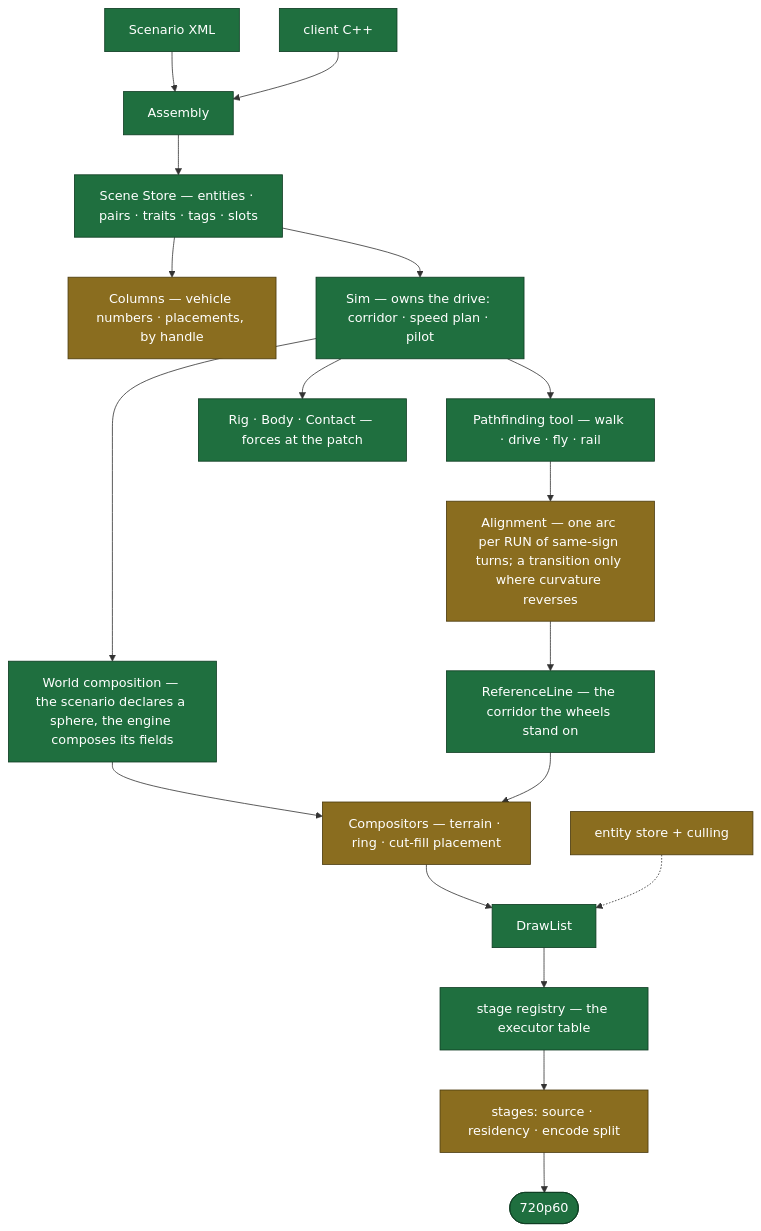
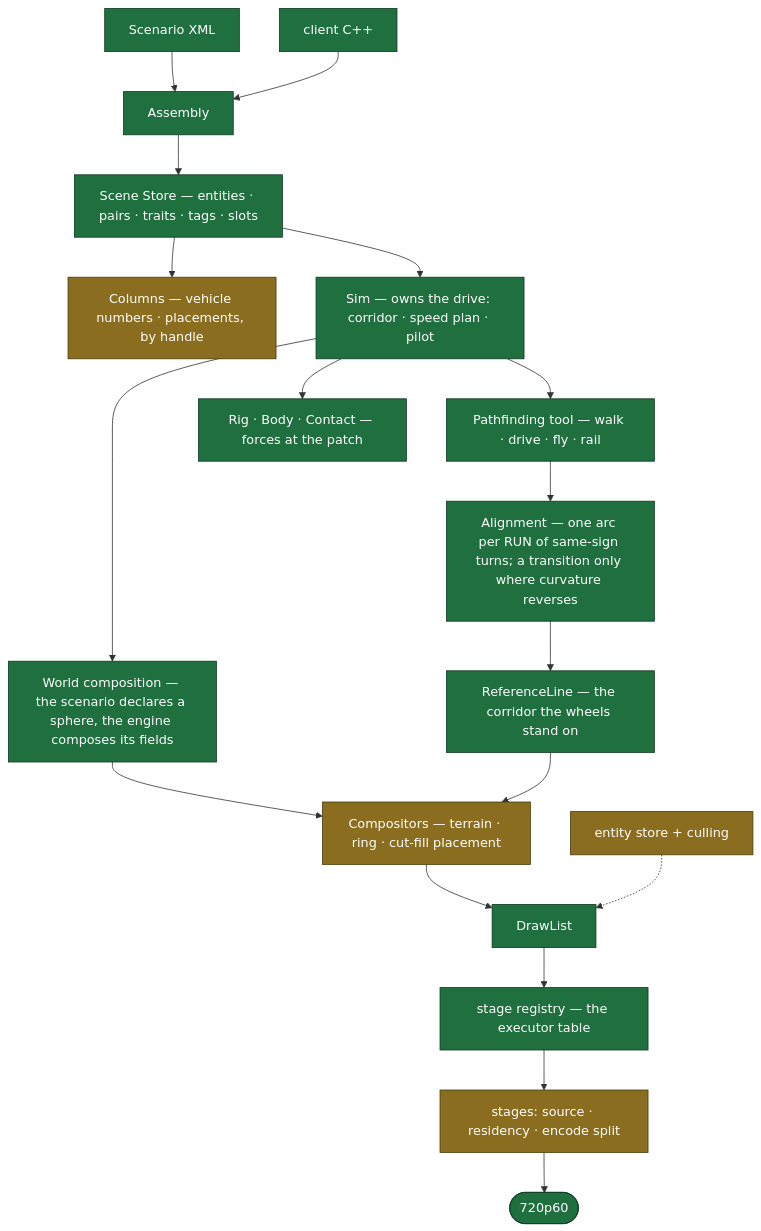
One commit to Weichwolf/outshine changed the seventh of 11 diagrams in CLAUDE.md. Above: the diagram before and after it, drawn with Mermaid. The commit also changed other lines of this file and 9 other files, not shown here.

````diff
--- a/CLAUDE.md
+++ b/CLAUDE.md
@@ -359,24 +394,24 @@
 ```mermaid
 flowchart TD
   Scenario["Scenario XML"] --> Assembly
   ClientCode["client C++"] --> Assembly
   Assembly --> SceneStore["Scene Store — entities · pairs · traits · tags · slots"]
   SceneStore --> Columns["Columns — vehicle numbers · placements, by handle"]
   SceneStore --> SimD["Sim — owns the drive: corridor · speed plan · pilot"]
   SimD --> Pathfinding["Pathfinding tool — walk · drive · fly · rail"]
   Pathfinding --> Alignment["Alignment — one arc per RUN of same-sign turns; a transition only where curvature reverses"]
   Alignment --> Line["ReferenceLine — the corridor the wheels stand on"]
   SimD --> Physics["Rig · Body · Contact — forces at the patch"]
   SimD --> WorldC["World composition — the scenario declares a sphere, the engine composes its fields"]
   WorldC --> Compositors["Compositors — terrain · ring · cut-fill placement"]
   Line --> Compositors
   Compositors --> DrawList --> Registry["stage registry — the executor table"]
   Registry --> Stages["stages: source · residency · encode split"]
   Stages --> Frame(["720p60"])
   Entities["entity store + culling"] -.-> DrawList
 
   classDef sure fill:#1f6f3f,stroke:#0d3b21,color:#fff
   classDef likely fill:#8a6d1f,stroke:#4a3a0d,color:#fff
-  class Scenario,ClientCode,Assembly,SceneStore,SimD,Pathfinding,Physics,Registry,DrawList,Frame,WorldC,Line sure
-  class Columns,Compositors,Stages,Entities,Alignment likely
+  class Scenario,ClientCode,Assembly,SceneStore,SimD,Pathfinding,Physics,Registry,DrawList,Frame,WorldC,Line,Alignment sure
+  class Columns,Compositors,Stages,Entities likely
 ```
````
